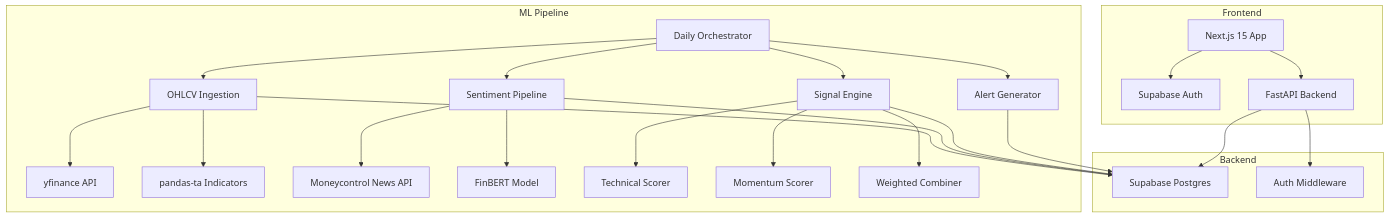
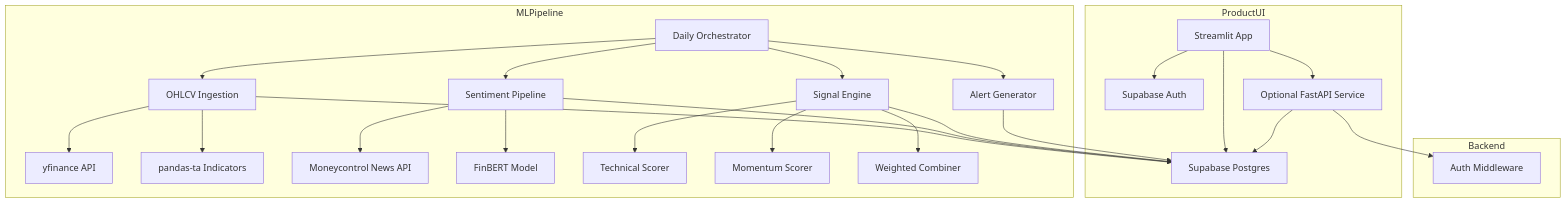
One commit to saiompatro/NiveshSutra changed the diagram in docs/architecture.md. Above: the diagram before and after it, drawn with Mermaid. The commit also changed other lines of this file and 11 other files, not shown here.

Commit message:
Split Streamlit and API deployments

````diff
--- a/docs/architecture.md
+++ b/docs/architecture.md
@@ -5,31 +5,32 @@
 ```mermaid
 graph TB
-    subgraph Frontend
-        A[Next.js 15 App] --> B[Supabase Auth]
-        A --> C[FastAPI Backend]
+    subgraph ProductUI
+        A[Streamlit App] --> B[Supabase Auth]
+        A --> D[Supabase Postgres]
+        A --> C[Optional FastAPI Service]
     end
 
     subgraph Backend
-        C --> D[Supabase Postgres]
+        C --> D
         C --> E[Auth Middleware]
     end
 
-    subgraph ML Pipeline
+    subgraph MLPipeline
         F[Daily Orchestrator] --> G[OHLCV Ingestion]
         F --> H[Sentiment Pipeline]
         F --> I[Signal Engine]
         F --> J[Alert Generator]
         G --> K[yfinance API]
         G --> L[pandas-ta Indicators]
         H --> M[Moneycontrol News API]
         H --> N[FinBERT Model]
         I --> O[Technical Scorer]
         I --> P[Momentum Scorer]
         I --> Q[Weighted Combiner]
     end
 
     G --> D
     H --> D
     I --> D
     J --> D
 ```
````
